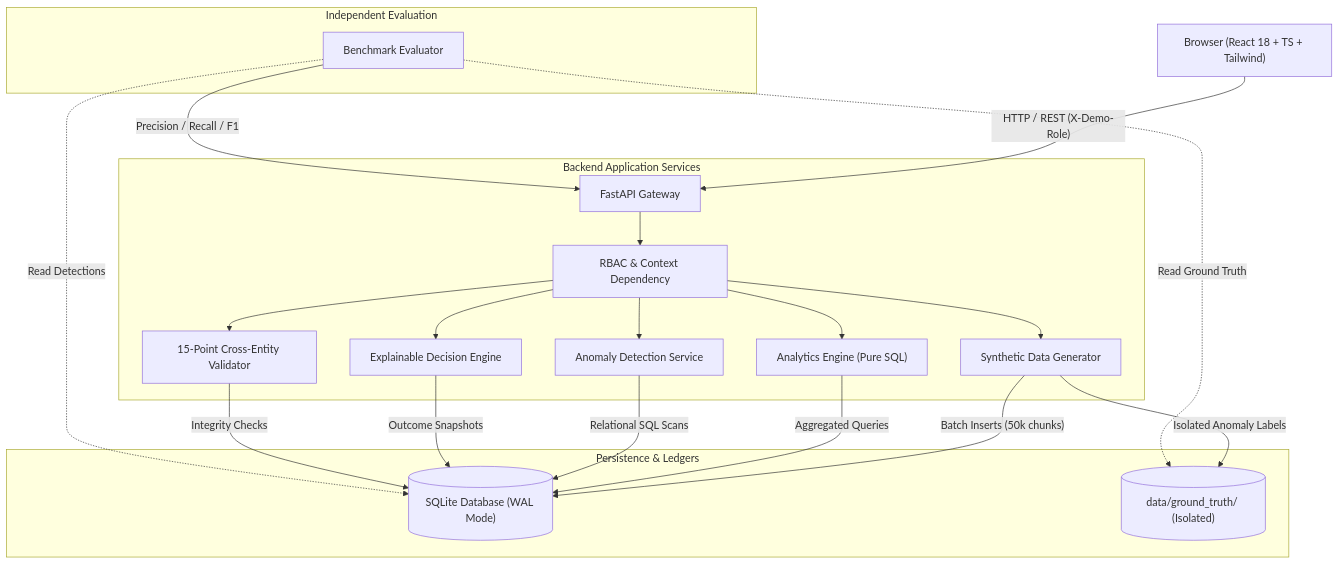
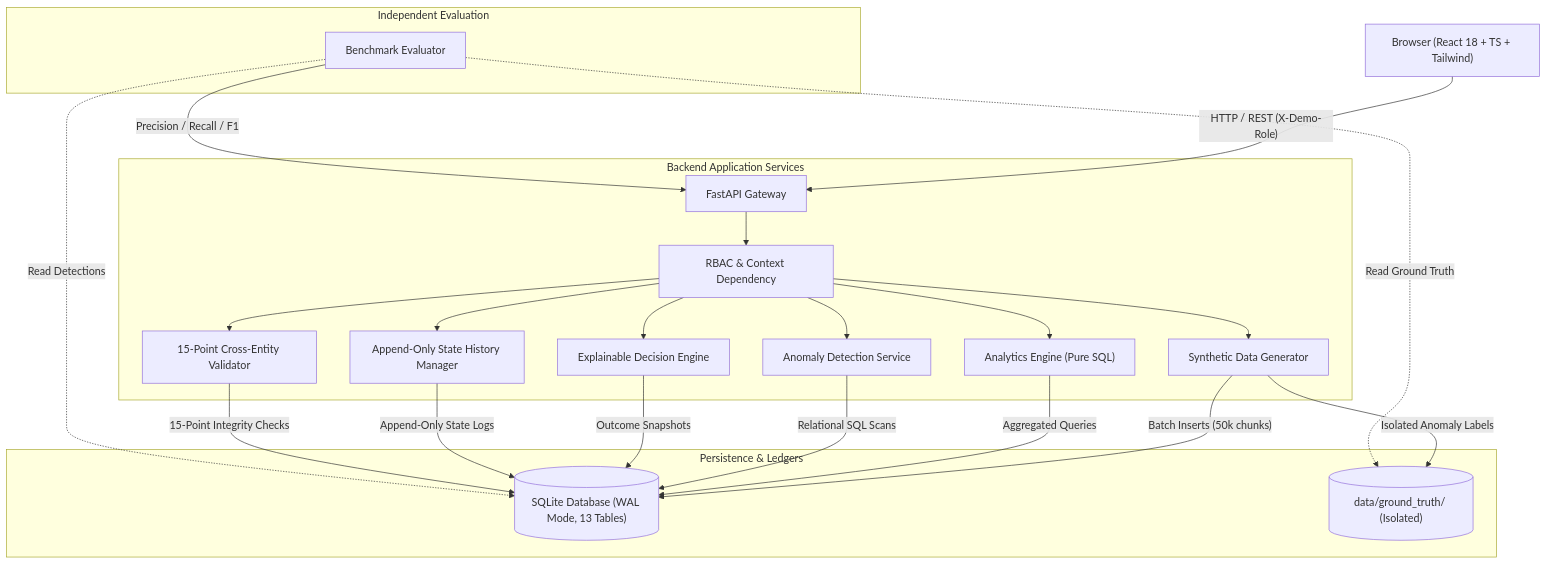
The diagram in docs/ARCHITECTURE.md (Rahulmandaloju4/cohortly), drawn with Mermaid before and after one commit. The commit also changed other lines of this file and 7 other files, not shown here.

Commit message:
Refine architecture with state_history, near-duplicate analytics inclusion policy, 15-point validation standardization, and demo RBAC disclaimer

````diff
--- a/docs/ARCHITECTURE.md
+++ b/docs/ARCHITECTURE.md
@@ -18,28 +18,30 @@
 ```mermaid
 graph TD
     Client["Browser (React 18 + TS + Tailwind)"] -->|"HTTP / REST (X-Demo-Role)"| API_Gateway["FastAPI Gateway"]
     
     subgraph Backend_Services ["Backend Application Services"]
         API_Gateway --> RBAC["RBAC & Context Dependency"]
         RBAC --> Analytics_Engine["Analytics Engine (Pure SQL)"]
         RBAC --> Anomaly_Engine["Anomaly Detection Service"]
         RBAC --> Decision_Engine["Explainable Decision Engine"]
+        RBAC --> State_Manager["Append-Only State History Manager"]
         RBAC --> Validator_Service["15-Point Cross-Entity Validator"]
         RBAC --> Generator_Service["Synthetic Data Generator"]
     end
     
     subgraph Data_Storage ["Persistence & Ledgers"]
-        Generator_Service -->|"Batch Inserts (50k chunks)"| SQLite_DB[("SQLite Database (WAL Mode)")]
+        Generator_Service -->|"Batch Inserts (50k chunks)"| SQLite_DB[("SQLite Database (WAL Mode, 13 Tables)")]
         Generator_Service -->|"Isolated Anomaly Labels"| Ground_Truth[("data/ground_truth/ (Isolated)")]
         Analytics_Engine -->|"Aggregated Queries"| SQLite_DB
         Anomaly_Engine -->|"Relational SQL Scans"| SQLite_DB
         Decision_Engine -->|"Outcome Snapshots"| SQLite_DB
-        Validator_Service -->|"Integrity Checks"| SQLite_DB
+        State_Manager -->|"Append-Only State Logs"| SQLite_DB
+        Validator_Service -->|"15-Point Integrity Checks"| SQLite_DB
     end
 
     subgraph Evaluation_Harness ["Independent Evaluation"]
         Benchmark["Benchmark Evaluator"] -.->|"Read Detections"| SQLite_DB
         Benchmark -.->|"Read Ground Truth"| Ground_Truth
         Benchmark -->|"Precision / Recall / F1"| API_Gateway
     end
 ```
````
